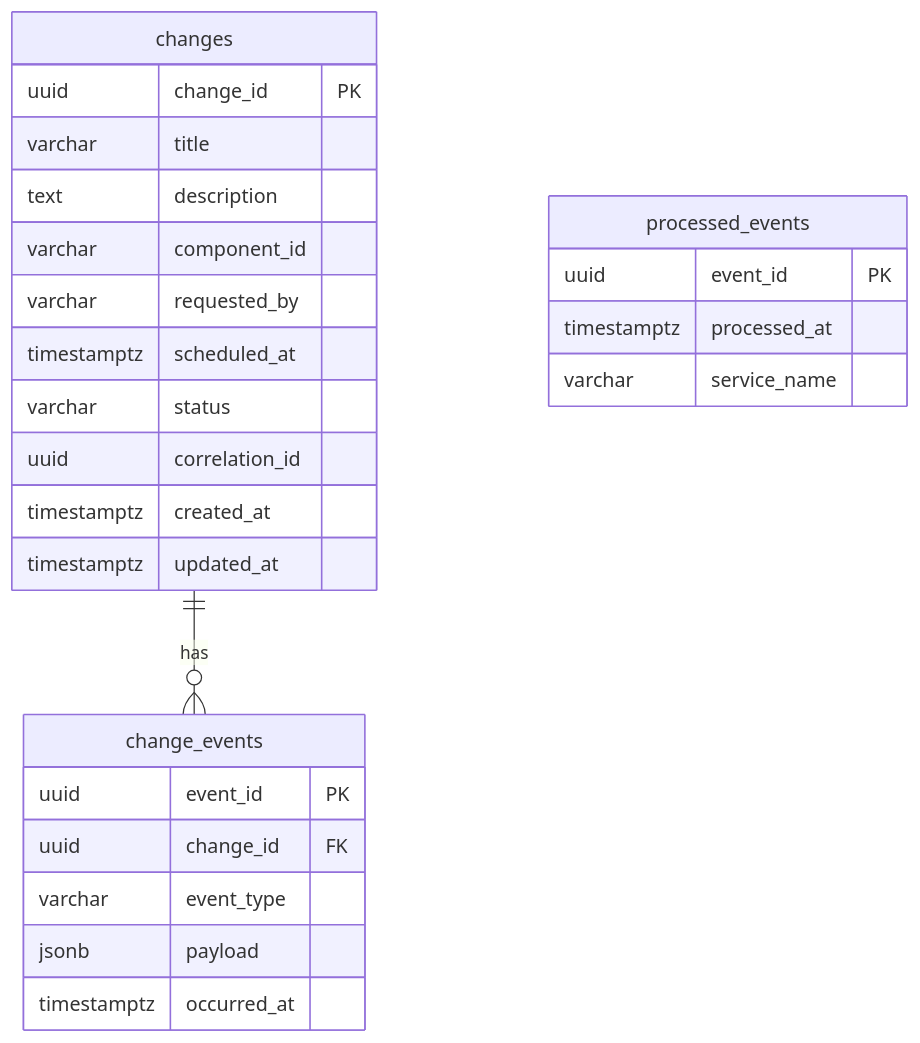
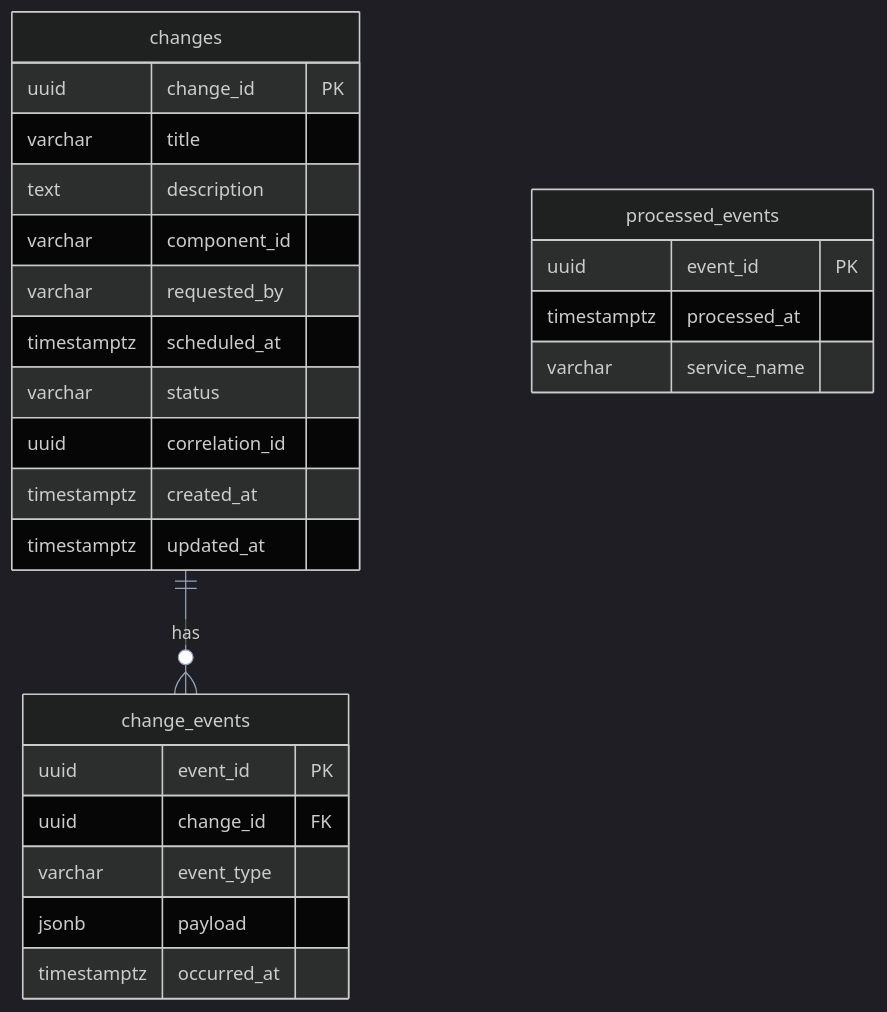
Before and after one commit to claudecirmiranda/changeops: the ninth of 10 diagrams in docs/PROJETO_COMPLETO.md, drawn with Mermaid. The commit also changed other lines of this file and 3 other files, not shown here.

First line of the commit message:
refactor: update container and sequence diagrams for ChangeOps Dashboard

````diff
--- a/docs/PROJETO_COMPLETO.md
+++ b/docs/PROJETO_COMPLETO.md
@@ -1179,31 +1349,32 @@
 ```mermaid
+%%{init: {'theme':'dark', 'themeVariables':{'fontSize':'15px','primaryColor':'#4338CA','primaryTextColor':'#E0E7FF','lineColor':'#94A3B8','primaryBorderColor':'#6366F1','edgeLabelBackground':'#1E293B','attributeBackgroundColorEven':'#1E1B4B','attributeBackgroundColorOdd':'#2D2A55','attributeTextColor':'#C7D2FE'}}}%%
 erDiagram
     changes {
         uuid change_id PK
         varchar title
         text description
         varchar component_id
         varchar requested_by
         timestamptz scheduled_at
         varchar status
         uuid correlation_id
         timestamptz created_at
         timestamptz updated_at
     }
 
     change_events {
         uuid event_id PK
         uuid change_id FK
         varchar event_type
         jsonb payload
         timestamptz occurred_at
     }
 
     processed_events {
         uuid event_id PK
         timestamptz processed_at
         varchar service_name
     }
 
     changes ||--o{ change_events : "has"
 ```
````
